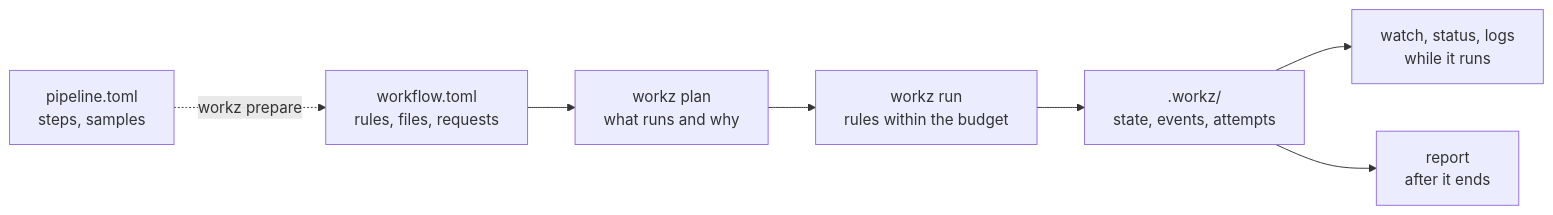
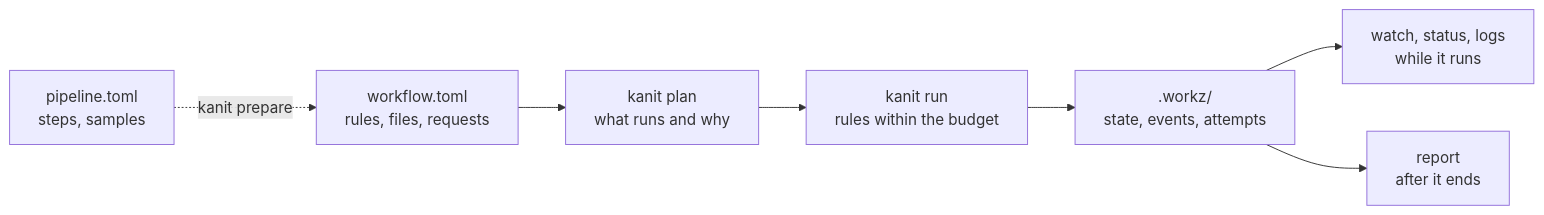
One commit to Zenteomics/kanit changed the diagram in wiki/Home.md. Above: the diagram before and after it, drawn with Mermaid. The commit also changed other lines of this file and 21 other files, not shown here.

````diff
--- a/wiki/Home.md
+++ b/wiki/Home.md
@@ -5,9 +5,9 @@
 ```mermaid
 flowchart LR
-    T[pipeline.toml<br/>steps, samples] -. workz prepare .-> W
-    W[workflow.toml<br/>rules, files, requests] --> P[workz plan<br/>what runs and why]
-    P --> R[workz run<br/>rules within the budget]
+    T[pipeline.toml<br/>steps, samples] -. kanit prepare .-> W
+    W[workflow.toml<br/>rules, files, requests] --> P[kanit plan<br/>what runs and why]
+    P --> R[kanit run<br/>rules within the budget]
     R --> D[.workz/<br/>state, events, attempts]
     D --> V[watch, status, logs<br/>while it runs]
     D --> A[report<br/>after it ends]
 ```
````
